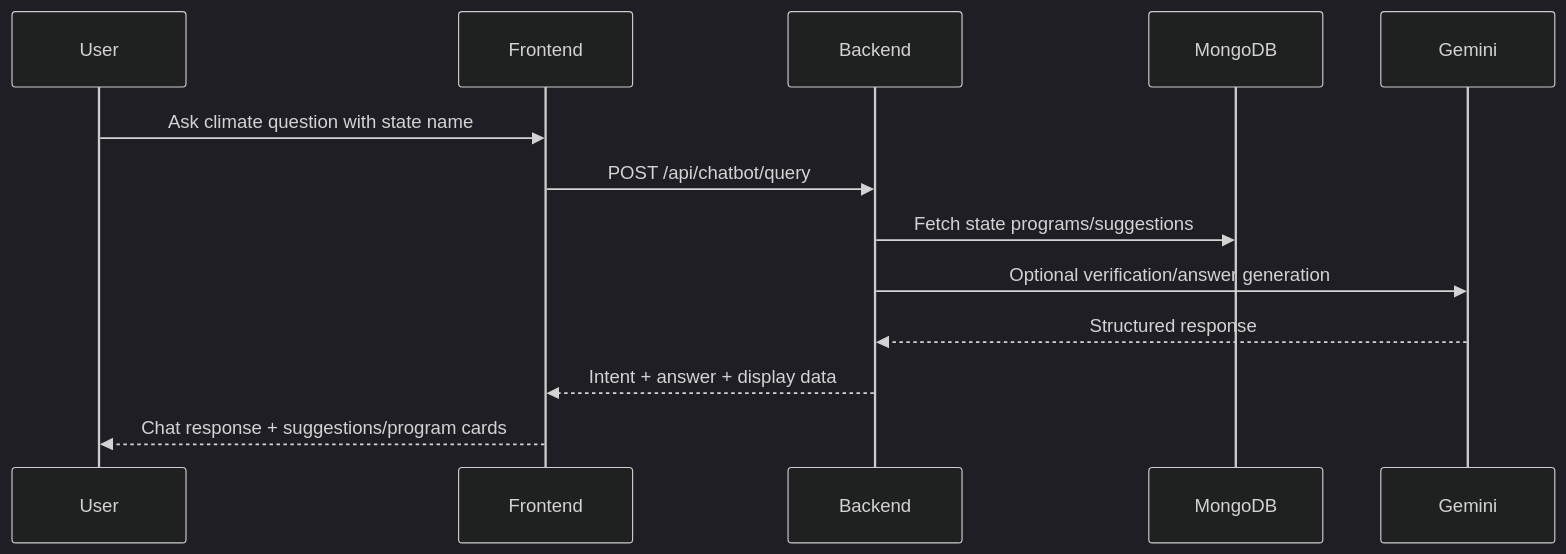
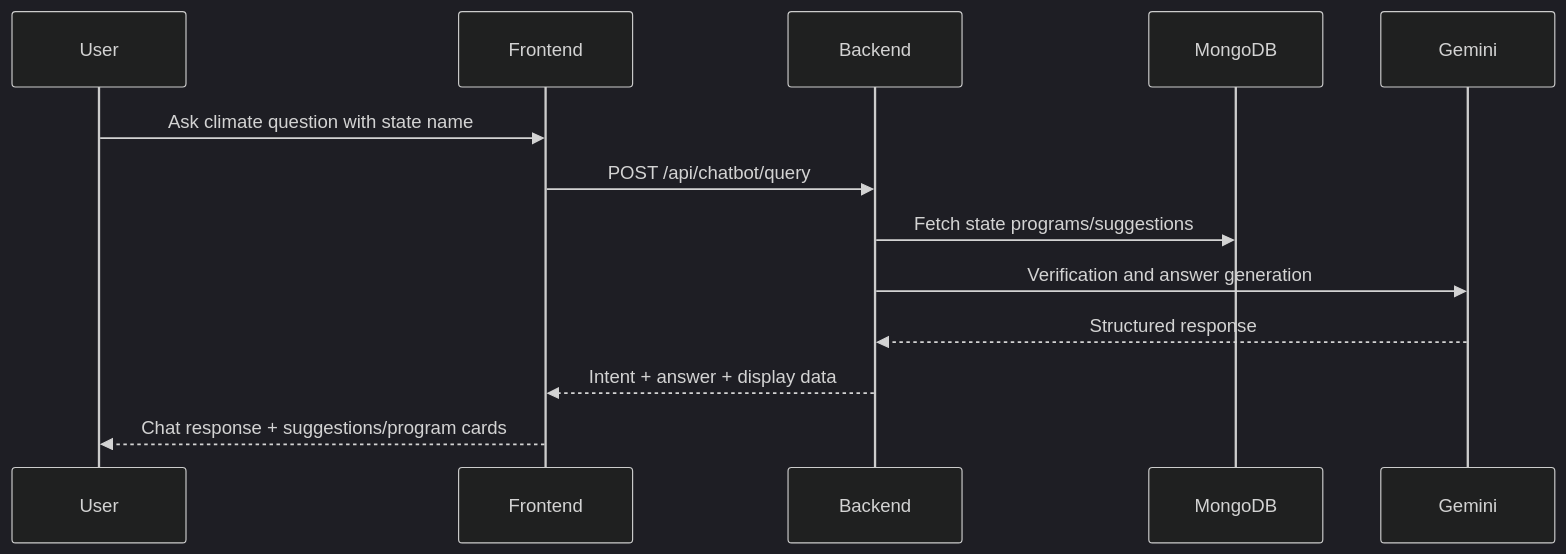
The second of 2 diagrams in README.md (Drasec-Goner/CarbonSense), drawn with Mermaid (dark theme) before and after one commit. The commit also changed other lines of this file and 4 other files, not shown here.

````diff
--- a/README.md
+++ b/README.md
@@ -84,16 +84,16 @@
 ```mermaid
 sequenceDiagram
     participant User
     participant UI as Frontend
     participant API as Backend
     participant DB as MongoDB
     participant AI as Gemini
 
     User->>UI: Ask climate question with state name
     UI->>API: POST /api/chatbot/query
     API->>DB: Fetch state programs/suggestions
-    API->>AI: Optional verification/answer generation
+    API->>AI: Verification and answer generation
     AI-->>API: Structured response
     API-->>UI: Intent + answer + display data
     UI-->>User: Chat response + suggestions/program cards
 ```
````
